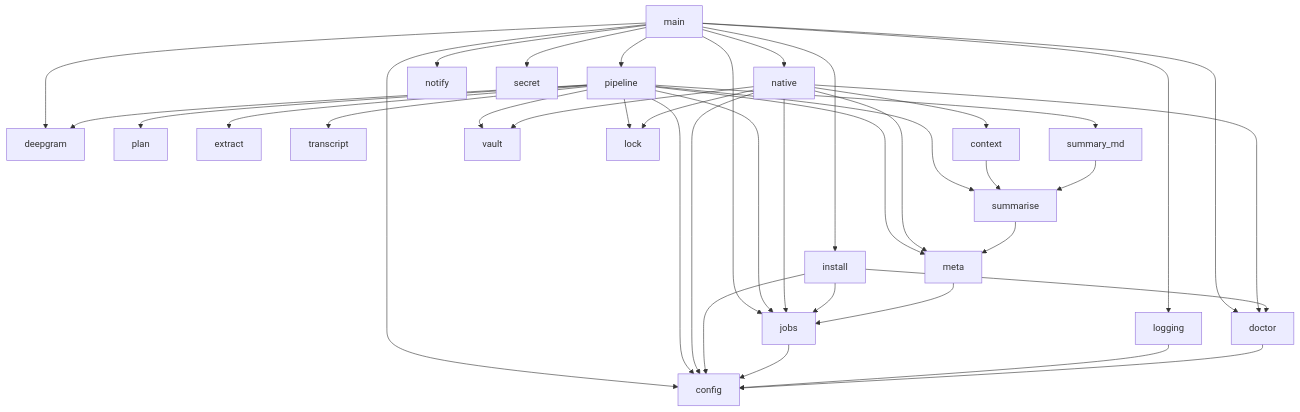
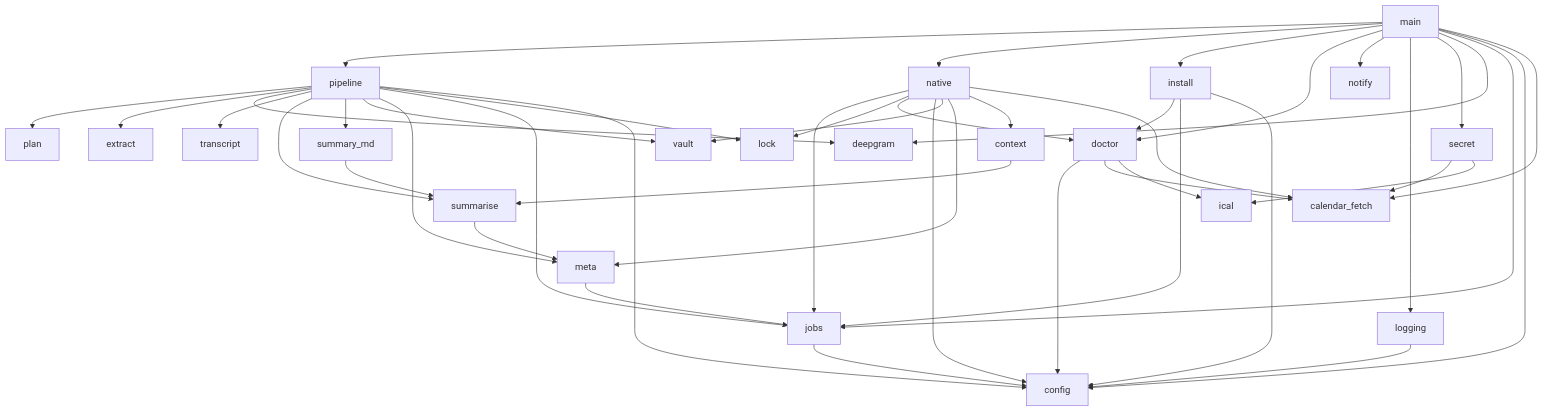
The diagram in docs/tool.md (masnun-siam/meeting-manager), drawn with Mermaid before and after one commit. The commit also changed other lines of this file and 6 other files, not shown here.

First line of the commit message:
feat(#100): meeting config set-calendar and doctor calendar check

````diff
--- a/docs/tool.md
+++ b/docs/tool.md
@@ -58,14 +59,15 @@
 ```mermaid
 flowchart TD
-    main --> pipeline & native & install & doctor & notify & logging & secret & deepgram & jobs & config
+    main --> pipeline & native & install & doctor & notify & logging & secret & deepgram & jobs & config & calendar_fetch
     pipeline --> plan & extract & deepgram & transcript & summarise & summary_md & vault & meta & jobs & lock & config
-    native --> jobs & lock & doctor & config & vault & meta & context
+    native --> jobs & lock & doctor & config & vault & meta & context & calendar_fetch
+    secret --> calendar_fetch & ical
     context --> summarise
     install --> doctor & jobs & config
     summary_md --> summarise
     summarise --> meta
     meta --> jobs
     jobs --> config
     logging --> config
-    doctor --> config
+    doctor --> config & calendar_fetch & ical
 ```
````
